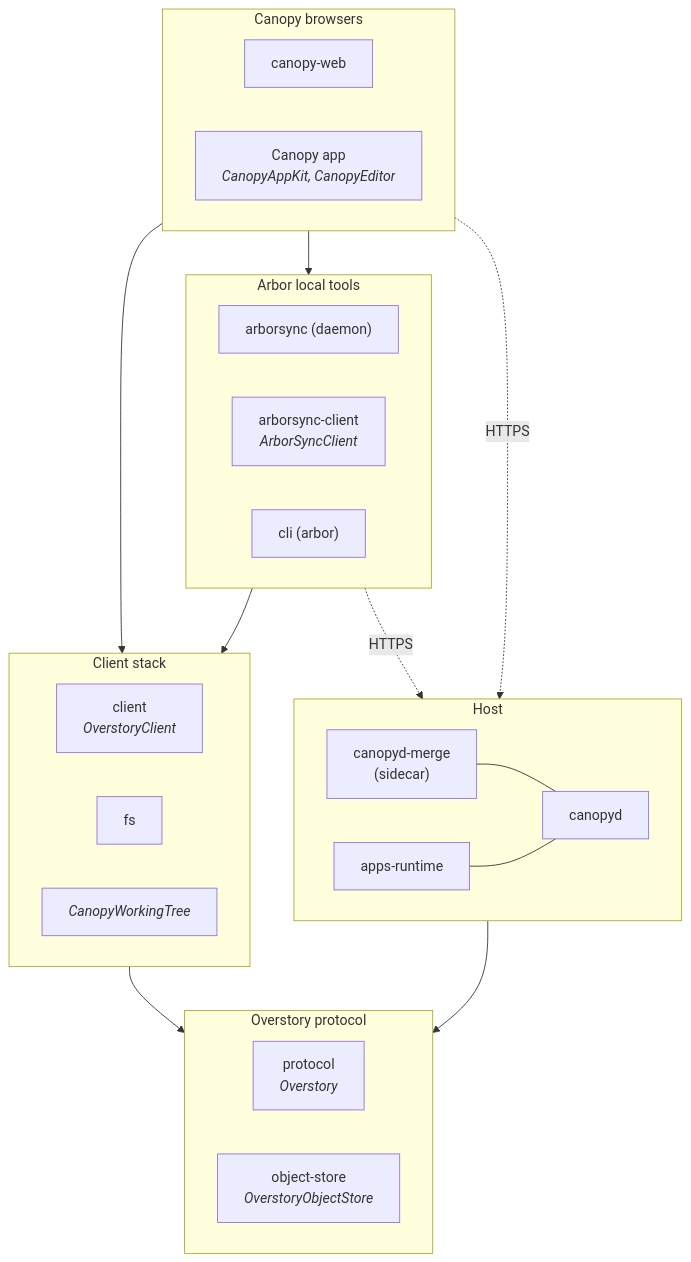
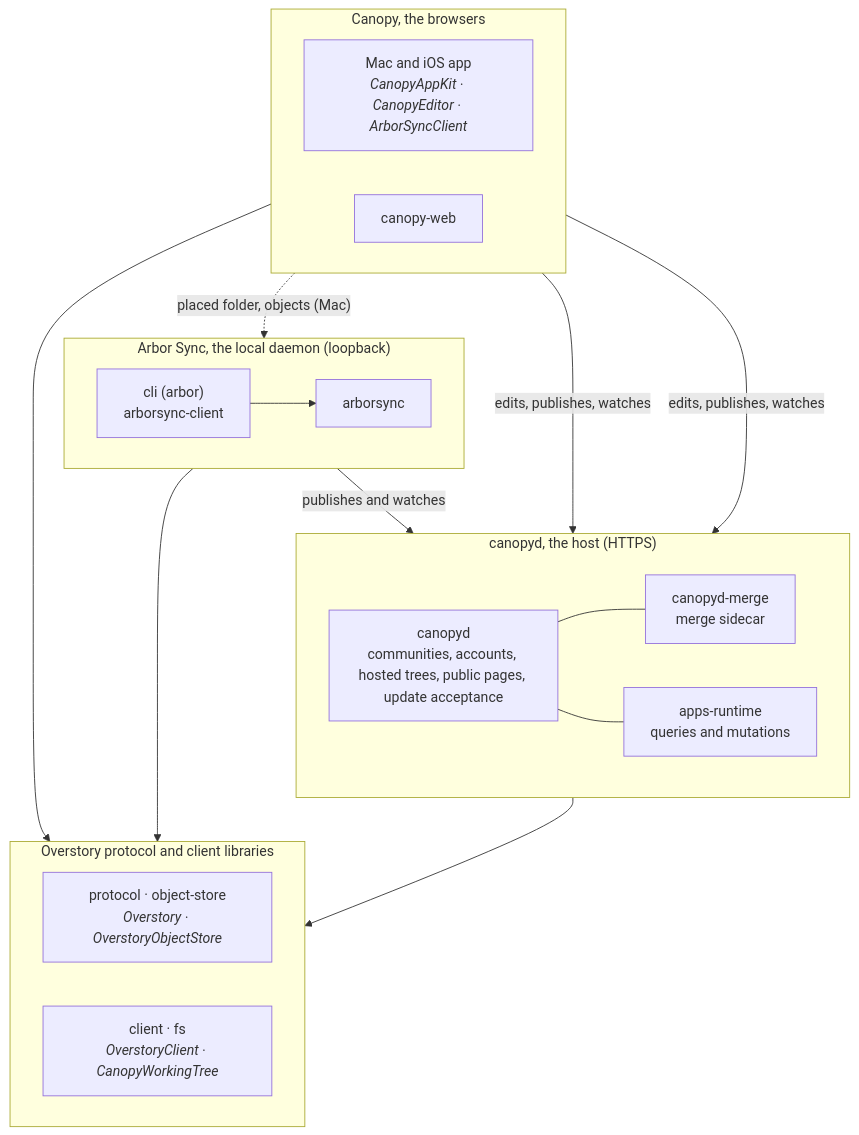
The diagram in README.md (jxe/arbor), drawn with Mermaid before and after one commit. The commit also changed other lines of this file, not shown here.

Commit message:
README: name the four components before the diagram and make the host box concrete

````diff
--- a/README.md
+++ b/README.md
@@ -22,40 +43,34 @@
 ```mermaid
 flowchart TB
-  subgraph protocol["Overstory protocol"]
+  subgraph proto["Overstory protocol and client libraries"]
     direction LR
-    P["protocol<br/><i>Overstory</i>"]
-    OS["object-store<br/><i>OverstoryObjectStore</i>"]
+    P["protocol · object-store<br/><i>Overstory · OverstoryObjectStore</i>"]
+    C["client · fs<br/><i>OverstoryClient · CanopyWorkingTree</i>"]
   end
-  subgraph host["Host"]
+  subgraph host["canopyd, the host (HTTPS)"]
     direction LR
-    D["canopyd"]
-    M["canopyd-merge<br/>(sidecar)"]
-    AR["apps-runtime"]
+    D["canopyd<br/>communities, accounts, hosted trees, public pages, update acceptance"]
+    M["canopyd-merge<br/>merge sidecar"]
+    AR["apps-runtime<br/>queries and mutations"]
   end
-  subgraph clientstack["Client stack"]
+  subgraph arbor["Arbor Sync, the local daemon (loopback)"]
     direction LR
-    C["client<br/><i>OverstoryClient</i>"]
-    FS["fs"]
-    WT["<i>CanopyWorkingTree</i>"]
+    AS["arborsync"]
+    CLI["cli (arbor)<br/>arborsync-client"]
   end
-  subgraph arbor["Arbor local tools"]
+  subgraph canopy["Canopy, the browsers"]
     direction LR
-    AS["arborsync (daemon)"]
-    ASC["arborsync-client<br/><i>ArborSyncClient</i>"]
-    CLI["cli (arbor)"]
+    APP["Mac and iOS app<br/><i>CanopyAppKit · CanopyEditor · ArborSyncClient</i>"]
+    WEB["canopy-web"]
   end
-  subgraph canopy["Canopy browsers"]
-    direction LR
-    WEB["canopy-web"]
-    APP["Canopy app<br/><i>CanopyAppKit, CanopyEditor</i>"]
-  end
-  host --> protocol
-  clientstack --> protocol
-  arbor --> clientstack
-  canopy --> clientstack
-  canopy --> arbor
-  AS -. HTTPS .-> D
-  APP -. HTTPS .-> D
-  M --- D
-  AR --- D
+  D --- M
+  D --- AR
+  AS -- "publishes and watches" --> D
+  APP -- "edits, publishes, watches" --> D
+  WEB -- "edits, publishes, watches" --> D
+  APP -. "placed folder, objects (Mac)" .-> AS
+  CLI --> AS
+  host --> proto
+  arbor --> proto
+  canopy --> proto
 ```
````
